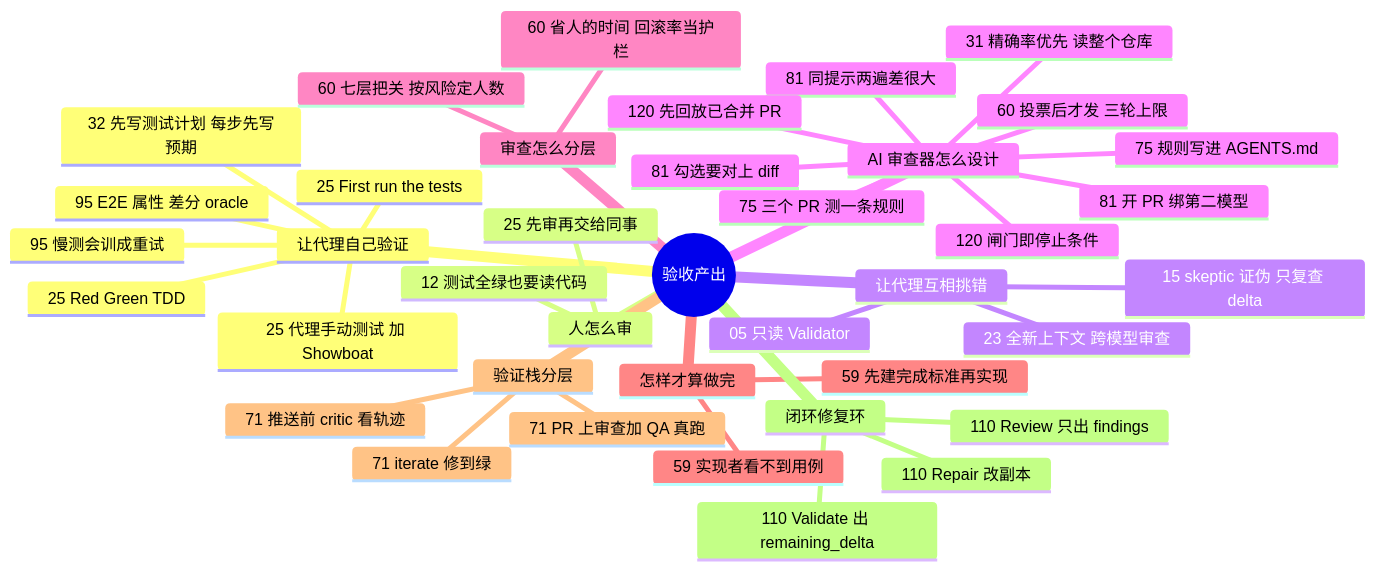
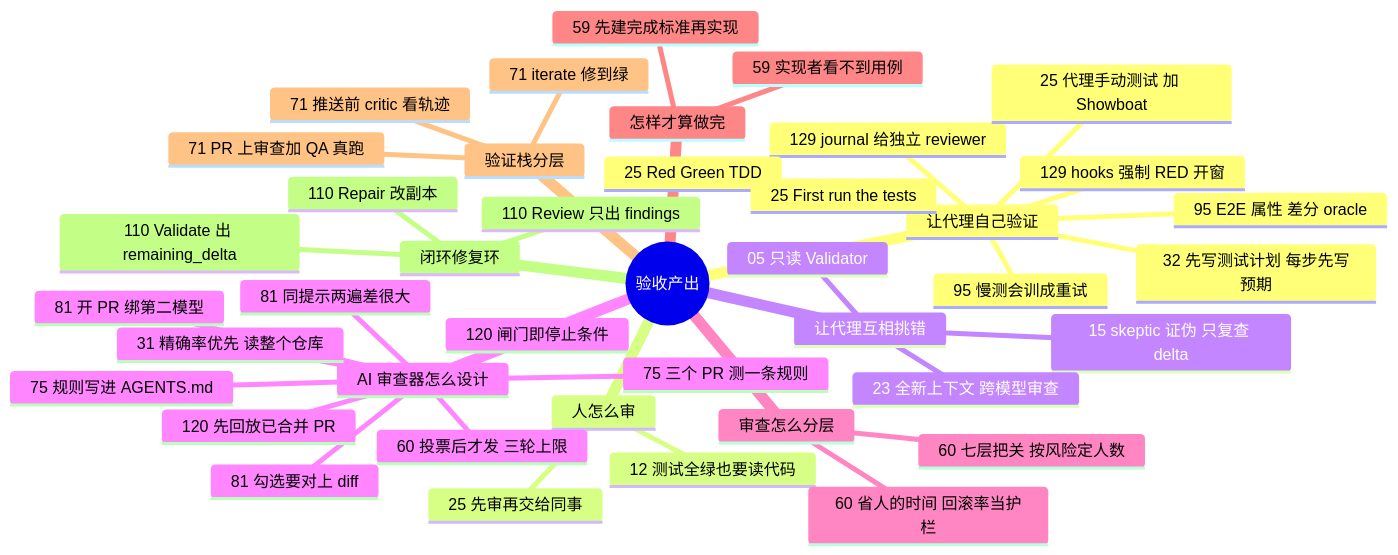
One commit to yzw7489757/ai-coding-videos changed the diagram in docs/guide/review.md. Above: the diagram before and after it, drawn with Mermaid. The commit also changed other lines of this file and 17 other files, not shown here.

````diff
--- a/docs/guide/review.md
+++ b/docs/guide/review.md
@@ -15,42 +15,44 @@
 ```mermaid
 mindmap
   root((验收产出))
     让代理自己验证
+      129 hooks 强制 RED 开窗
+      129 journal 给独立 reviewer
       95 E2E 属性 差分 oracle
       95 慢测会训成重试
       25 Red Green TDD
       25 First run the tests
       25 代理手动测试 加 Showboat
       32 先写测试计划 每步先写预期
     人怎么审
       12 测试全绿也要读代码
       25 先审再交给同事
     让代理互相挑错
       15 skeptic 证伪 只复查 delta
       05 只读 Validator
       23 全新上下文 跨模型审查
     AI 审查器怎么设计
       31 精确率优先 读整个仓库
       60 投票后才发 三轮上限
       75 规则写进 AGENTS.md
       75 三个 PR 测一条规则
       81 同提示两遍差很大
       81 开 PR 绑第二模型
       81 勾选要对上 diff
       120 先回放已合并 PR
       120 闸门即停止条件
     审查怎么分层
       60 七层把关 按风险定人数
       60 省人的时间 回滚率当护栏
     怎样才算做完
       59 先建完成标准再实现
       59 实现者看不到用例
     验证栈分层
       71 推送前 critic 看轨迹
       71 PR 上审查加 QA 真跑
       71 iterate 修到绿
     闭环修复环
       110 Review 只出 findings
       110 Repair 改副本
       110 Validate 出 remaining_delta
 ```
````
